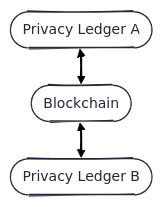
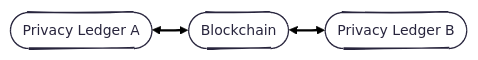
One commit to raylsnetwork/Enygma changed the first of 2 diagrams in enygma_payments/README.md. Above: the diagram before and after it, drawn with Mermaid.

Commit message:
Change flowchart direction from TD to LR

````diff
--- a/enygma_payments/README.md
+++ b/enygma_payments/README.md
@@ -5,14 +5,14 @@
 ```mermaid
 ---
 config:
   theme: redux
   layout: elk
   look: handDrawn
 ---
-flowchart TD
+flowchart LR
     PLA(["Privacy Ledger A"])
     B(["Blockchain"])
     PLB(["Privacy Ledger B"])
 
     PLA <--> B <--> PLB
 ```
````
